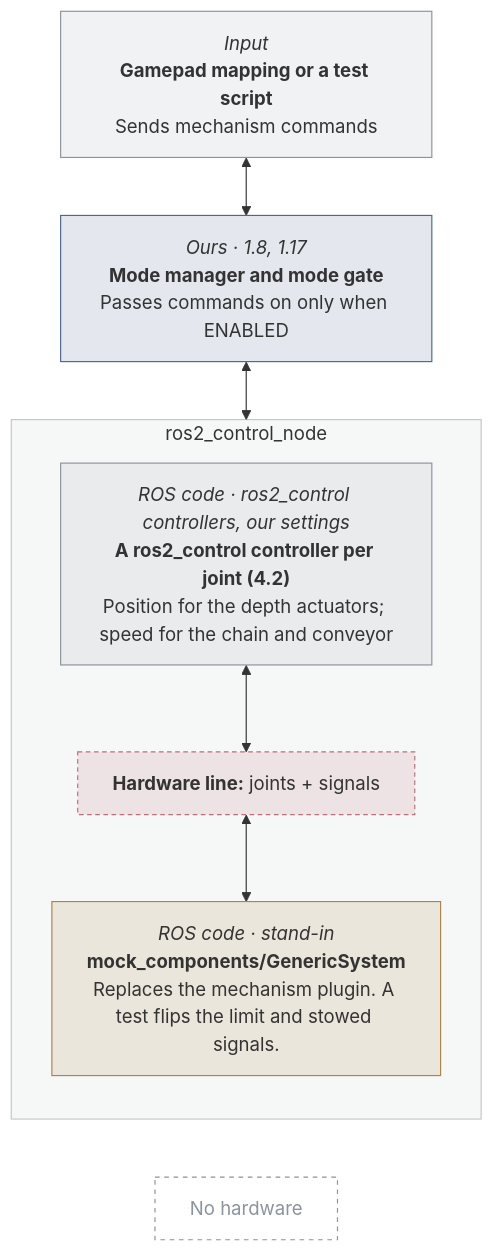
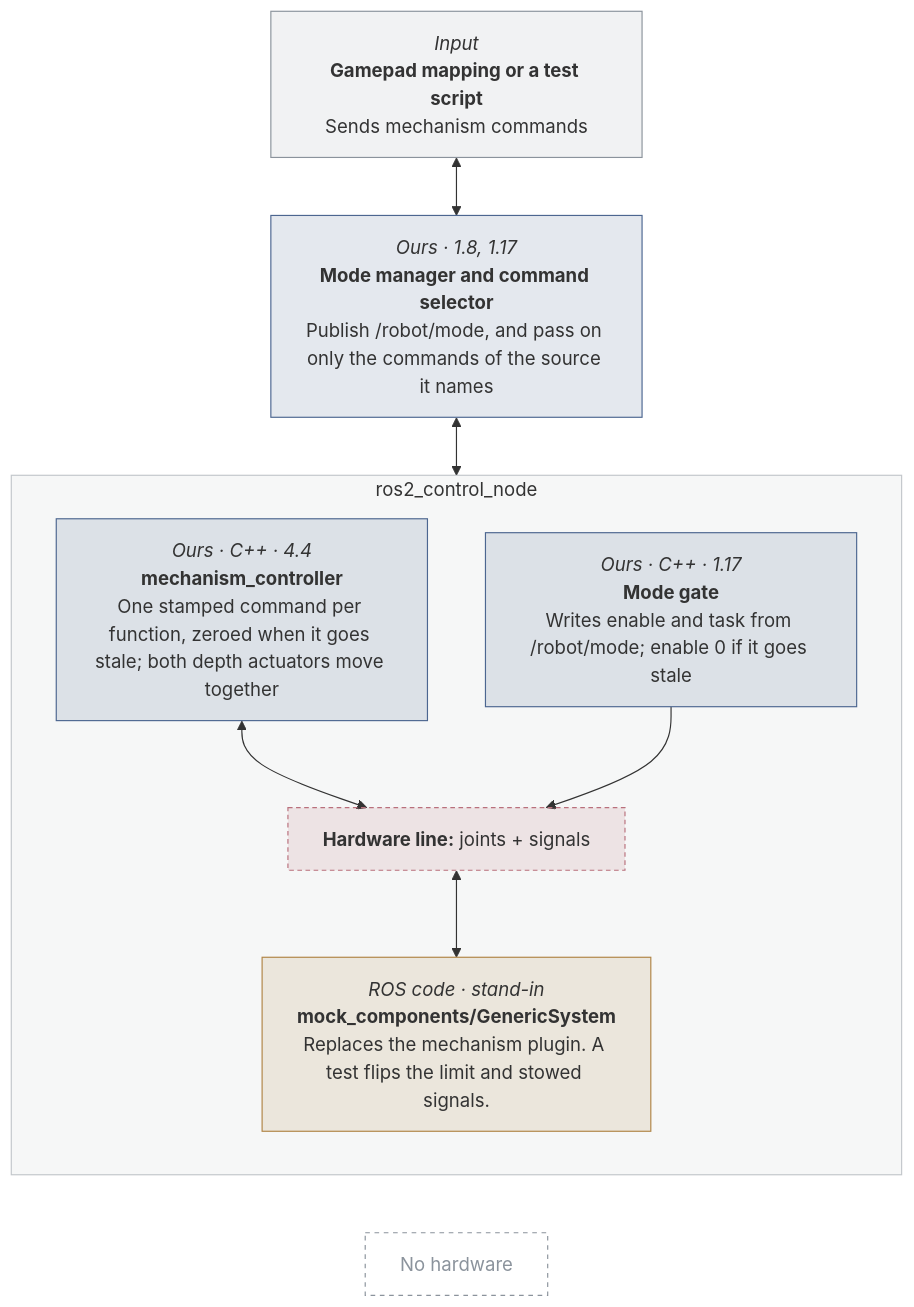
Before and after one commit to STAR-Robotics-Team/starrt-luna-software: the sixth of 30 diagrams in docs/design/hardware-test-modes.md, drawn with Mermaid. The commit also changed other lines of this file and 10 other files, not shown here.

````diff
--- a/docs/design/hardware-test-modes.md
+++ b/docs/design/hardware-test-modes.md
@@ -361,42 +381,46 @@
 ```mermaid
 ---
 config:
   flowchart:
     wrappingWidth: 260
 ---
 flowchart TB
   b1["`*Input*
 **Gamepad mapping or a test script**
 Sends mechanism commands`"]
   b2["`*Ours · 1.8, 1.17*
-**Mode manager and mode gate**
-Passes commands on only when ENABLED`"]
+**Mode manager and command selector**
+Publish /robot/mode, and pass on only the commands of the source it names`"]
   subgraph grp4["ros2_control_node"]
     direction TB
-    b3["`*ROS code · ros2_control controllers, our settings*
-**A ros2_control controller per joint (4.2)**
-Position for the depth actuators; speed for the chain and conveyor`"]
+    bgate["`*Ours · C++ · 1.17*
+**Mode gate**
+Writes enable and task from /robot/mode; enable 0 if it goes stale`"]
+    b3["`*Ours · C++ · 4.4*
+**mechanism_controller**
+One stamped command per function, zeroed when it goes stale; both depth actuators move together`"]
     line5["`**Hardware line:** joints + signals`"]
     b6["`*ROS code · stand-in*
 **mock_components/GenericSystem**
 Replaces the mechanism plugin. A test flips the limit and stowed signals.`"]
     b3 <--> line5
+    bgate --> line5
     line5 <--> b6
   end
   none7["No hardware"]
   b1 <--> b2
   b2 <--> grp4
   grp4 ~~~ none7
   classDef ours fill:#4c669026,stroke:#4c6690
   classDef ros fill:#8b939c1f,stroke:#8b939c
   classDef stand fill:#b0844526,stroke:#b08445
   classDef hw fill:#4a725926,stroke:#4a7259
   classDef hwline fill:#b9707c26,stroke:#b9707c,stroke-dasharray:4 3
   classDef ghost fill:none,stroke:#8b939c,stroke-dasharray:4 4,color:#8b939c
-  class b1,b3 ros
-  class b2 ours
+  class b1 ros
+  class b2,b3,bgate ours
   class line5 hwline
   class b6 stand
   class none7 ghost
   style grp4 fill:#8b939c14,stroke:#8b939c80
 ```
````
